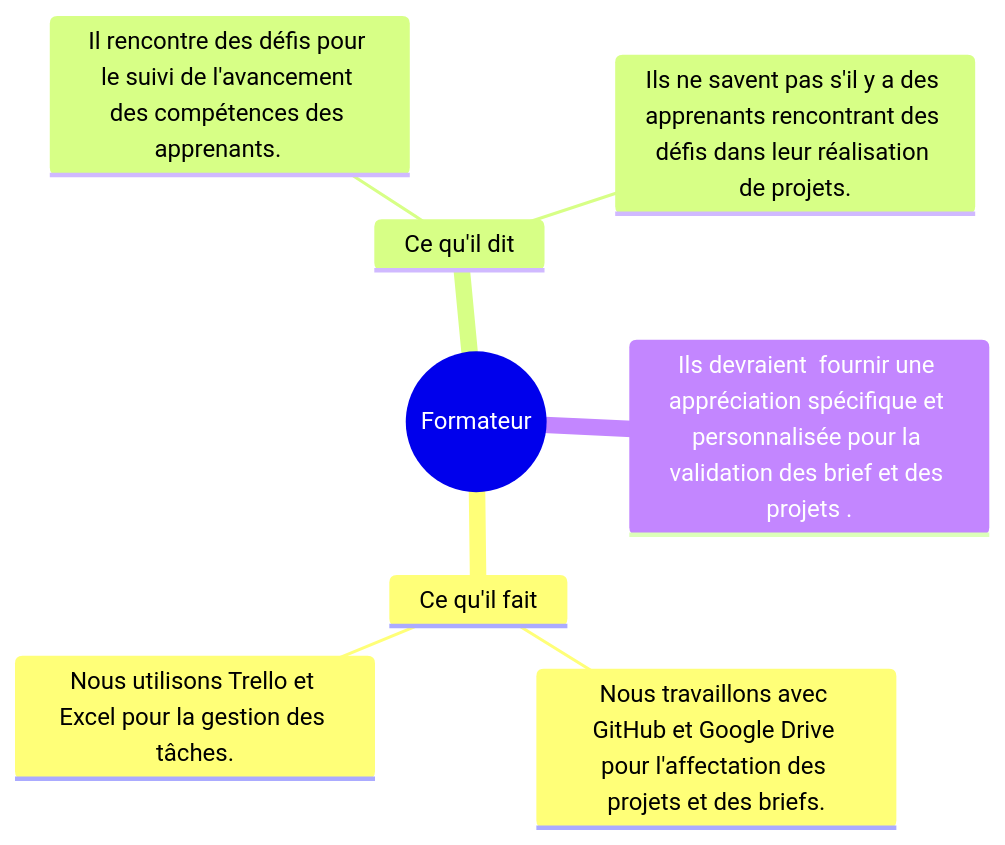
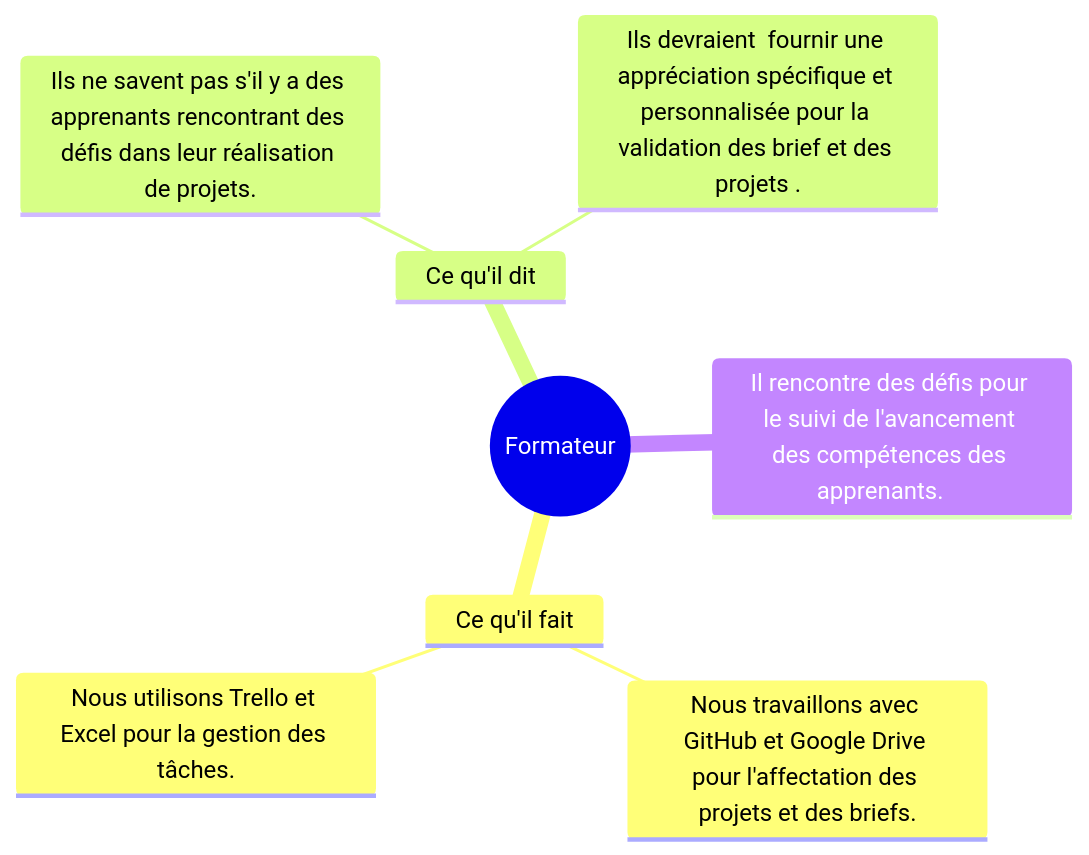
The diagram in docs/Besoin/pkg_suivi/Carte-empathie-formateur.mmd (solicoders/soli-lms), drawn with Mermaid before and after one commit. The commit also changed 18 other files, not shown here.

```diff
--- a/docs/Besoin/pkg_suivi/Carte-empathie-formateur.mmd
+++ b/docs/Besoin/pkg_suivi/Carte-empathie-formateur.mmd
@@ -1,13 +1,13 @@
 %% @config(../../../modélisation/mindmap-config.json)
 mindmap
  root((Formateur))
 
     Ce qu'il fait
      Nous travaillons avec GitHub et Google Drive pour l'affectation des projets et des briefs.
 
      Nous utilisons Trello et Excel pour la gestion des tâches.
 
     Ce qu'il dit
-        Il rencontre des défis pour le suivi de l'avancement des compétences des apprenants.    
         Ils ne savent pas s'il y a des apprenants rencontrant des défis dans leur réalisation de projets.
-   Ils devraient  fournir une appréciation spécifique et personnalisée pour la validation des brief et des projets .
+        Ils devraient  fournir une appréciation spécifique et personnalisée pour la validation des brief et des projets .
+    Il rencontre des défis pour le suivi de l'avancement des compétences des apprenants.    
```
